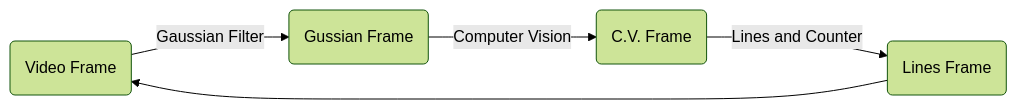
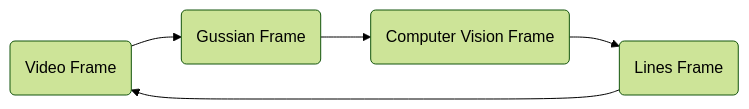
The diagram in README.md (ahmethkablama/Classification-and-Counting-of-Vehicles-on-the-Road-with-Image-Processing), drawn with Mermaid (forest theme) before and after one commit.

````diff
--- a/README.md
+++ b/README.md
@@ -6,7 +6,7 @@
 ```mermaid
 graph LR
-A(Video Frame) -- Gaussian Filter --> B(Gussian Frame)
-B -- Computer Vision --> D(C.V. Frame)
-D -- Lines and Counter --> E(Lines Frame)
+A(Video Frame) --> B(Gussian Frame)
+B --> D(Computer Vision Frame)
+D --> E(Lines Frame)
 E --> A
 ```
````
